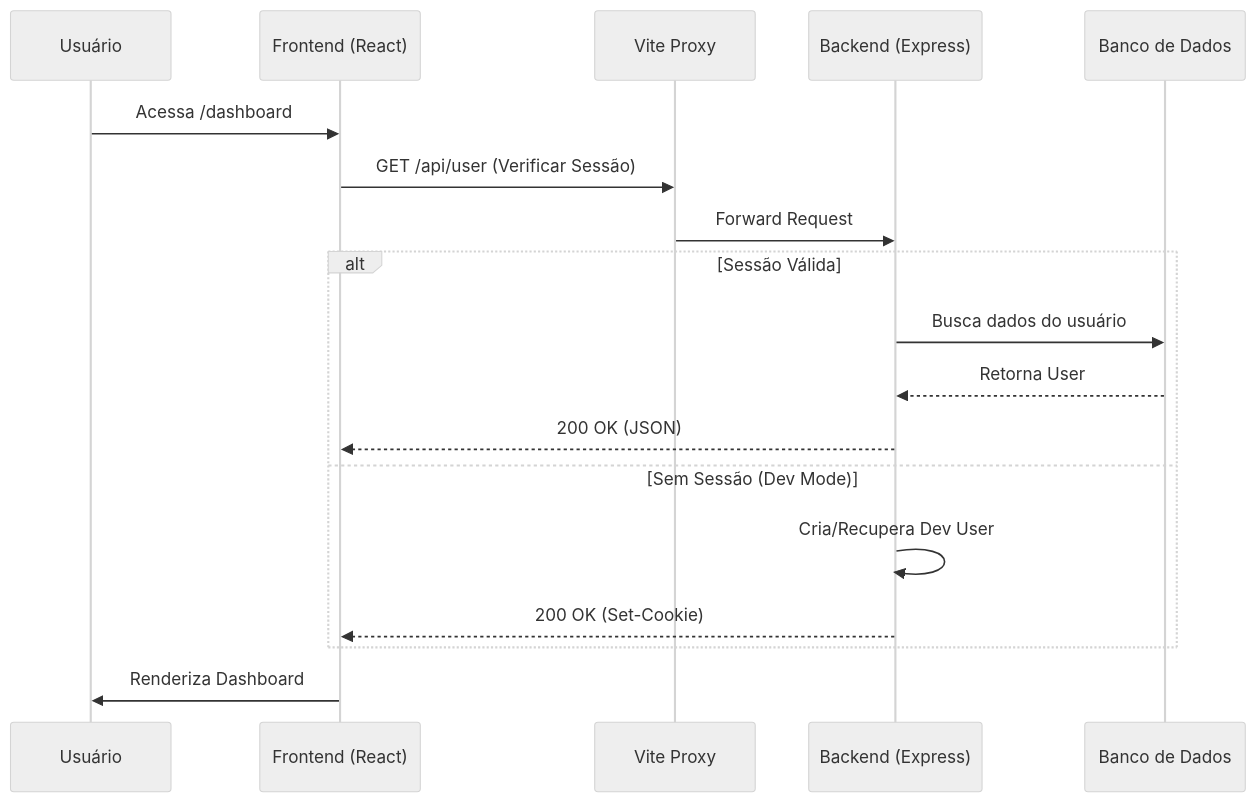
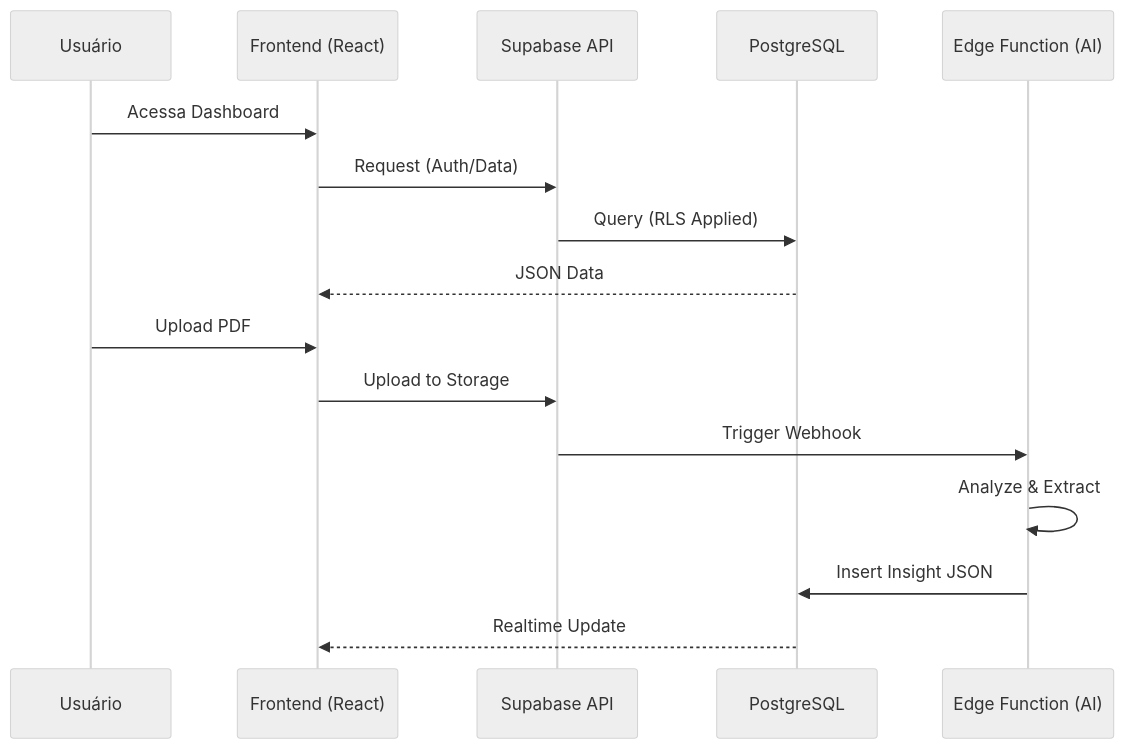
Before and after one commit to Bnoxbr/escritorio_jur: the diagram in DOCUMENTACAO_SISTEMA.md, drawn with Mermaid (neutral theme). The commit also changed other lines of this file and 16 other files, not shown here.

First line of the commit message:
feat: add AI document analysis edge function and fix database field mapping

````diff
--- a/DOCUMENTACAO_SISTEMA.md
+++ b/DOCUMENTACAO_SISTEMA.md
@@ -80,23 +77,20 @@
 ```mermaid
 sequenceDiagram
     participant User as Usuário
     participant Client as Frontend (React)
-    participant Proxy as Vite Proxy
-    participant Server as Backend (Express)
-    participant DB as Banco de Dados
+    participant Supabase as Supabase API
+    participant DB as PostgreSQL
+    participant AI as Edge Function (AI)
 
-    User->>Client: Acessa /dashboard
-    Client->>Proxy: GET /api/user (Verificar Sessão)
-    Proxy->>Server: Forward Request
+    User->>Client: Acessa Dashboard
+    Client->>Supabase: Request (Auth/Data)
+    Supabase->>DB: Query (RLS Applied)
+    DB-->>Client: JSON Data
     
-    alt Sessão Válida
-        Server->>DB: Busca dados do usuário
-        DB-->>Server: Retorna User
-        Server-->>Client: 200 OK (JSON)
-    else Sem Sessão (Dev Mode)
-        Server->>Server: Cria/Recupera Dev User
-        Server-->>Client: 200 OK (Set-Cookie)
-    end
-
-    Client->>User: Renderiza Dashboard
+    User->>Client: Upload PDF
+    Client->>Supabase: Upload to Storage
+    Supabase->>AI: Trigger Webhook
+    AI->>AI: Analyze & Extract
+    AI->>DB: Insert Insight JSON
+    DB-->>Client: Realtime Update
 ```
````
